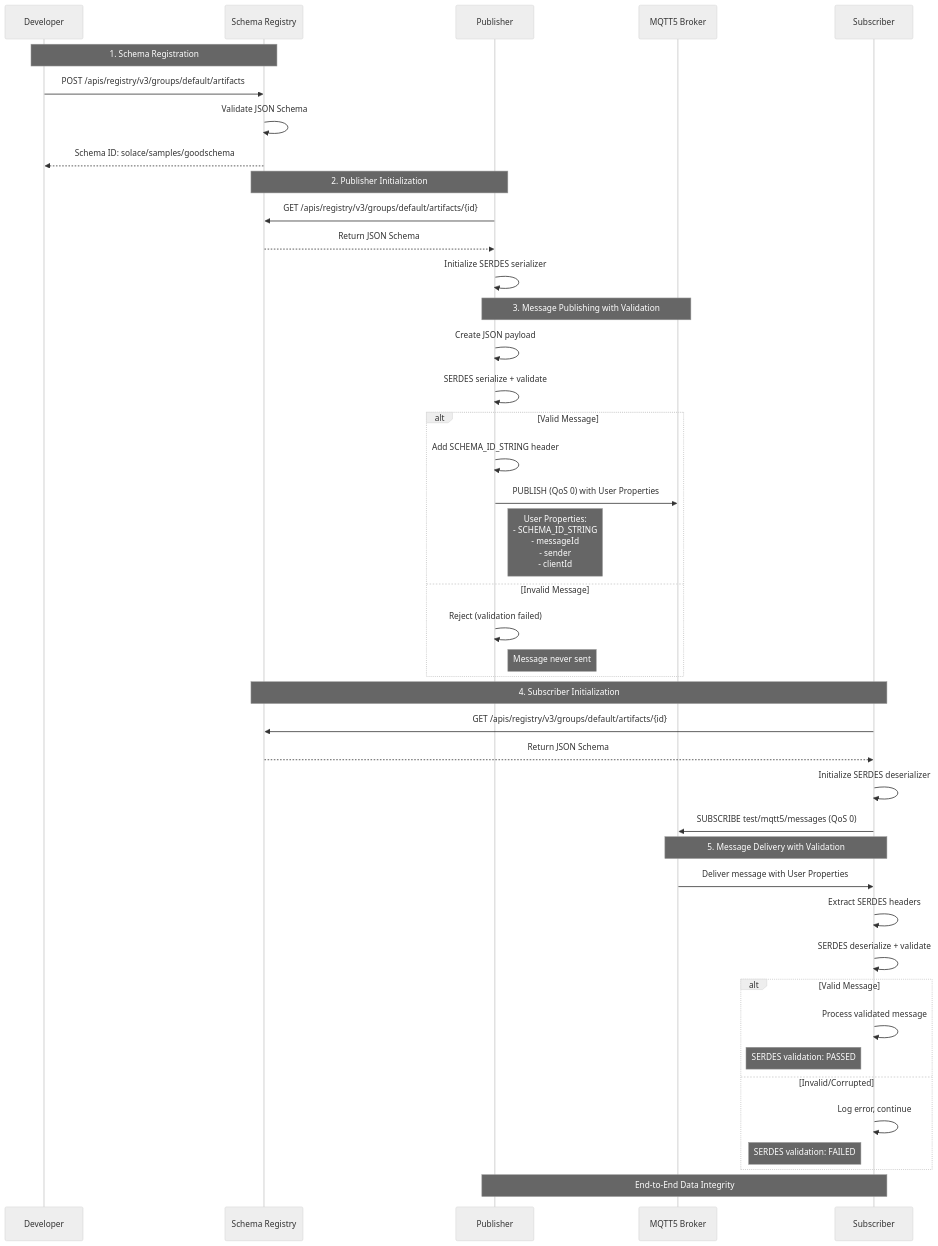
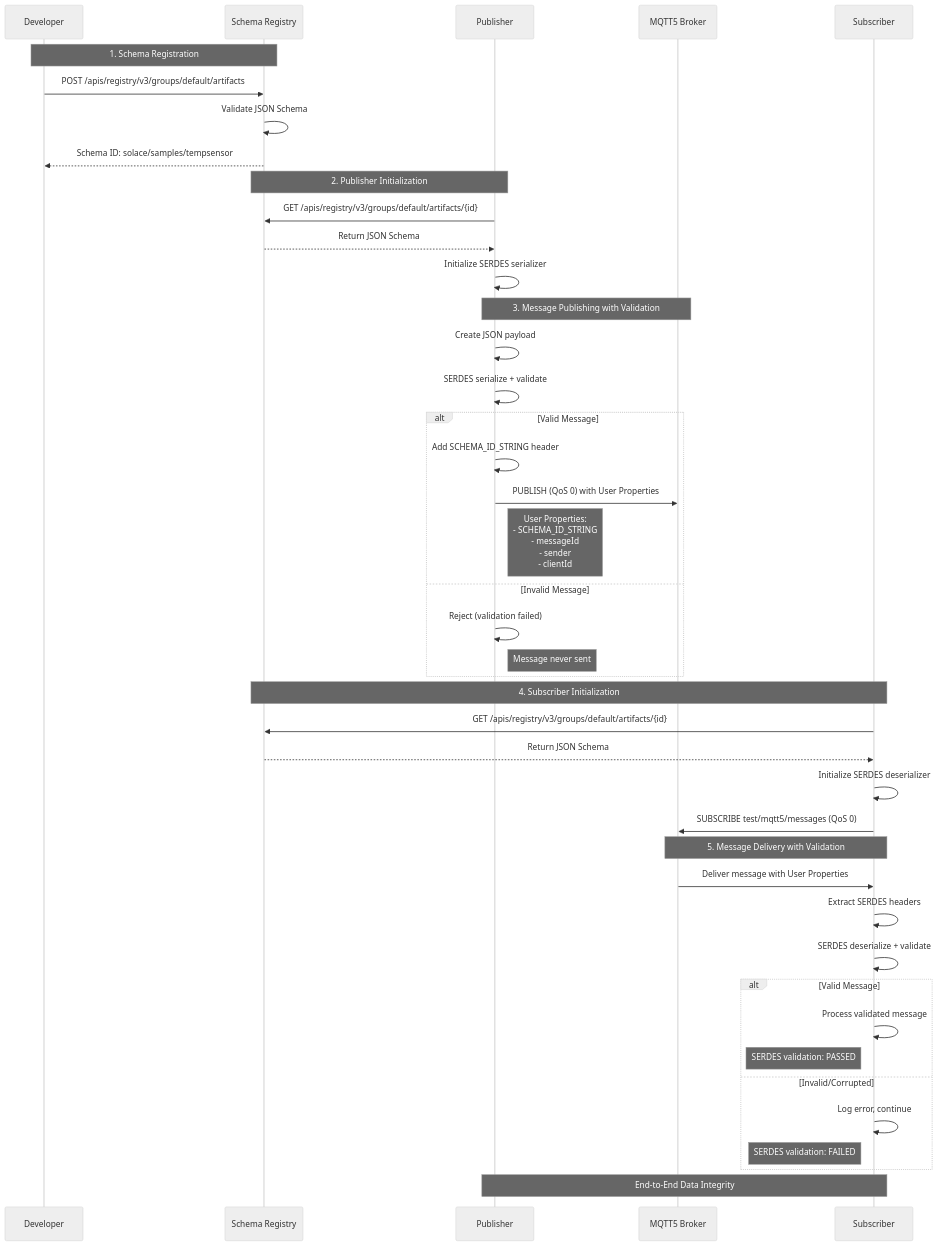
The first of 2 diagrams in README.md (mstobo/mqtt5SRDemo), drawn with Mermaid (neutral theme) before and after one commit. The commit also changed other lines of this file and 5 other files, not shown here.

````diff
--- a/README.md
+++ b/README.md
@@ -28,50 +28,50 @@
 ```mermaid
 sequenceDiagram
     participant Dev as Developer
     participant SR as Schema Registry
     participant Pub as Publisher
     participant Broker as MQTT5 Broker
     participant Sub as Subscriber
     
     Note over Dev,SR: 1. Schema Registration
     Dev->>SR: POST /apis/registry/v3/groups/default/artifacts
     SR->>SR: Validate JSON Schema
-    SR-->>Dev: Schema ID: solace/samples/goodschema
+    SR-->>Dev: Schema ID: solace/samples/tempsensor
     
     Note over Pub,SR: 2. Publisher Initialization
     Pub->>SR: GET /apis/registry/v3/groups/default/artifacts/{id}
     SR-->>Pub: Return JSON Schema
     Pub->>Pub: Initialize SERDES serializer
     
     Note over Pub,Broker: 3. Message Publishing with Validation
     Pub->>Pub: Create JSON payload
     Pub->>Pub: SERDES serialize + validate
     alt Valid Message
         Pub->>Pub: Add SCHEMA_ID_STRING header
         Pub->>Broker: PUBLISH (QoS 0) with User Properties
         Note right of Pub: User Properties:<br/>- SCHEMA_ID_STRING<br/>- messageId<br/>- sender<br/>- clientId
     else Invalid Message
         Pub->>Pub: Reject (validation failed)
         Note right of Pub: Message never sent
     end
     
     Note over Sub,SR: 4. Subscriber Initialization
     Sub->>SR: GET /apis/registry/v3/groups/default/artifacts/{id}
     SR-->>Sub: Return JSON Schema
     Sub->>Sub: Initialize SERDES deserializer
     Sub->>Broker: SUBSCRIBE test/mqtt5/messages (QoS 0)
     
     Note over Broker,Sub: 5. Message Delivery with Validation
     Broker->>Sub: Deliver message with User Properties
     Sub->>Sub: Extract SERDES headers
     Sub->>Sub: SERDES deserialize + validate
     alt Valid Message
         Sub->>Sub: Process validated message
         Note left of Sub: SERDES validation: PASSED
     else Invalid/Corrupted
         Sub->>Sub: Log error, continue
         Note left of Sub: SERDES validation: FAILED
     end
     
     Note over Pub,Sub: End-to-End Data Integrity
 ```
````
